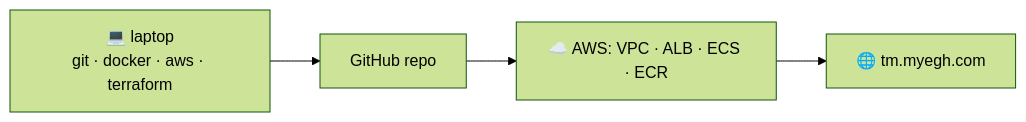
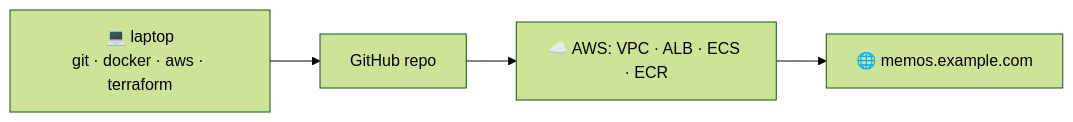
The first of 16 diagrams in content/lab.md (EnamulRahman/doomscrolling-app-devops), drawn with Mermaid (forest theme) before and after one commit. The commit also changed other lines of this file and 36 other files, not shown here.

First line of the commit message:
Make the course generic, with Memos as a worked example

````diff
--- a/content/lab.md
+++ b/content/lab.md
@@ -7,6 +9,6 @@
 ```mermaid caption="Where we're heading"
 flowchart LR
   L["💻 laptop<br/>git · docker · aws · terraform"] --> GH[GitHub repo]
   GH --> AWS["☁️ AWS: VPC · ALB · ECS · ECR"]
-  AWS --> W["🌐 tm.myegh.com"]
+  AWS --> W["🌐 memos.example.com"]
 ```
````
